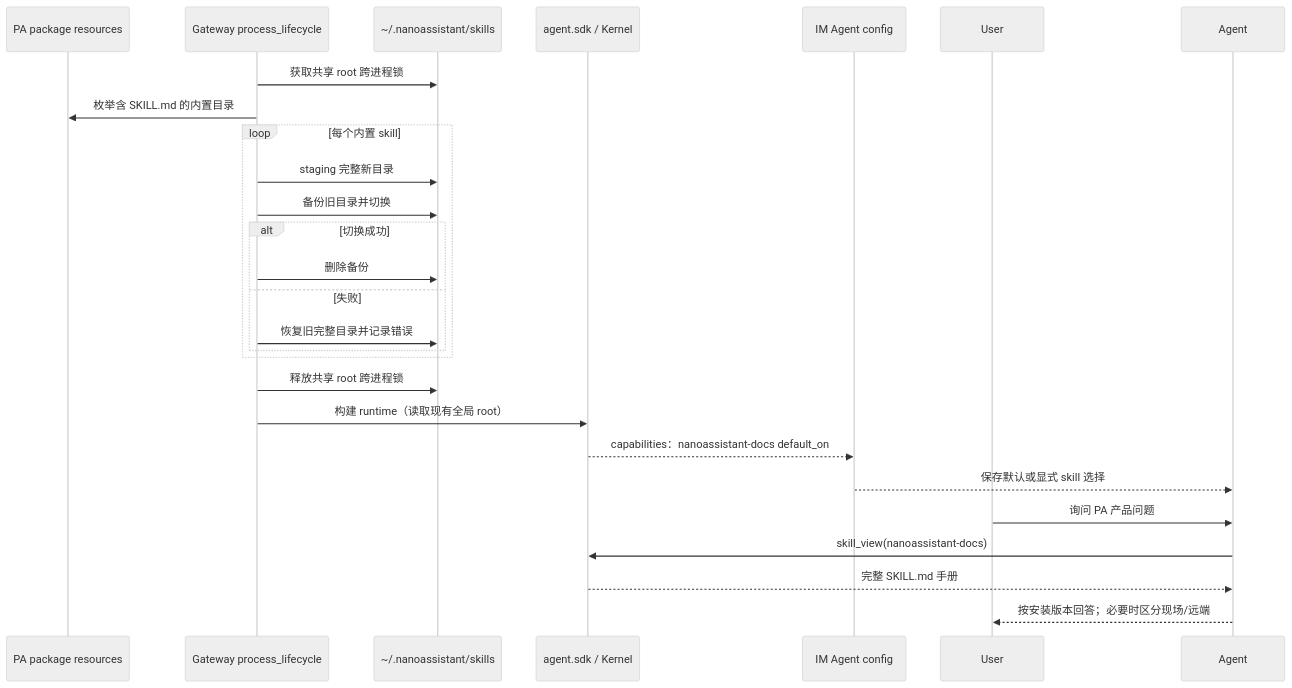
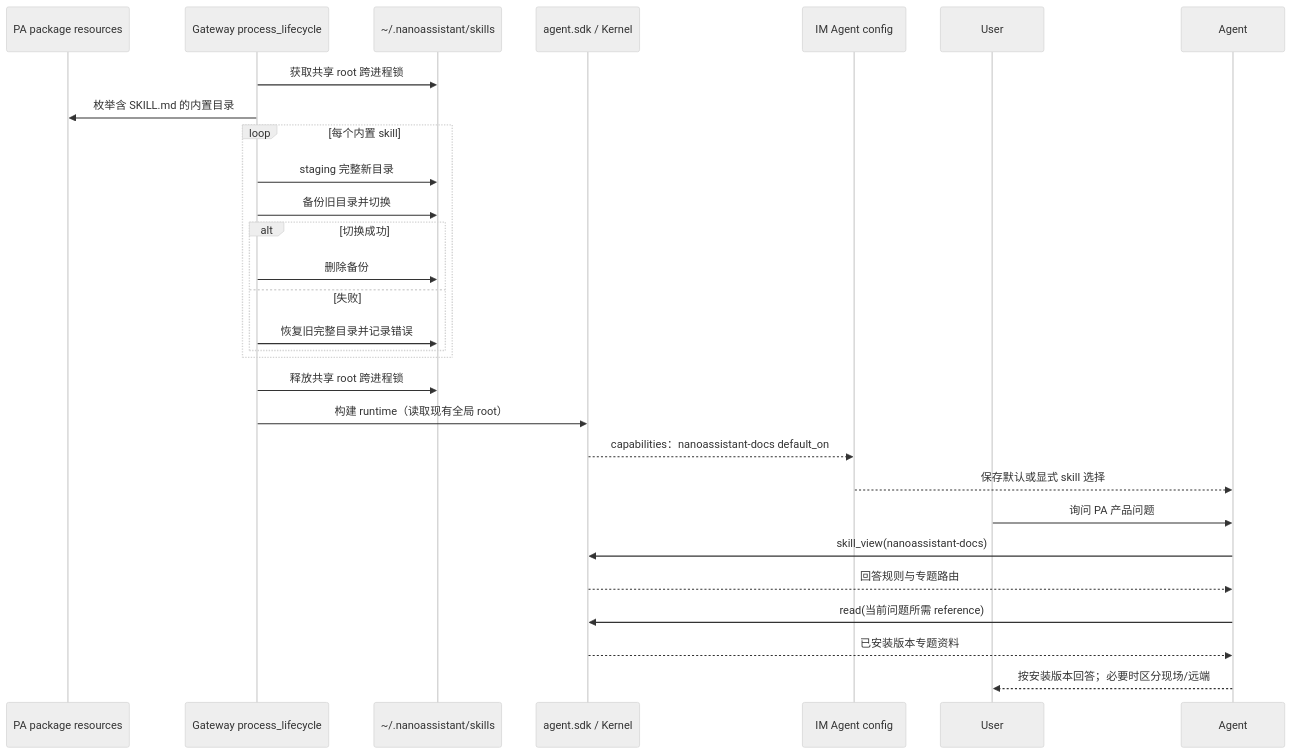
The second of 2 diagrams in docs/changes/archive/feat-502-pa-product-docs-skill/design.md (Mrchen116/nano-multiagent), drawn with Mermaid (neutral theme) before and after one commit. The commit also changed other lines of this file and 17 other files, not shown here.

````diff
--- a/docs/changes/archive/feat-502-pa-product-docs-skill/design.md
+++ b/docs/changes/archive/feat-502-pa-product-docs-skill/design.md
@@ -141,30 +143,32 @@
 ```mermaid
 sequenceDiagram
     participant Package as PA package resources
     participant Lifecycle as Gateway process_lifecycle
     participant Root as ~/.nanoassistant/skills
     participant Kernel as agent.sdk / Kernel
     participant IM as IM Agent config
     participant User
     participant Agent
 
     Lifecycle->>Root: 获取共享 root 跨进程锁
     Lifecycle->>Package: 枚举含 SKILL.md 的内置目录
     loop 每个内置 skill
         Lifecycle->>Root: staging 完整新目录
         Lifecycle->>Root: 备份旧目录并切换
         alt 切换成功
             Lifecycle->>Root: 删除备份
         else 失败
             Lifecycle->>Root: 恢复旧完整目录并记录错误
         end
     end
     Lifecycle->>Root: 释放共享 root 跨进程锁
     Lifecycle->>Kernel: 构建 runtime（读取现有全局 root）
     Kernel-->>IM: capabilities：nanoassistant-docs default_on
     IM-->>Agent: 保存默认或显式 skill 选择
     User->>Agent: 询问 PA 产品问题
     Agent->>Kernel: skill_view(nanoassistant-docs)
-    Kernel-->>Agent: 完整 SKILL.md 手册
+    Kernel-->>Agent: 回答规则与专题路由
+    Agent->>Kernel: read(当前问题所需 reference)
+    Kernel-->>Agent: 已安装版本专题资料
     Agent-->>User: 按安装版本回答；必要时区分现场/远端
 ```
````
